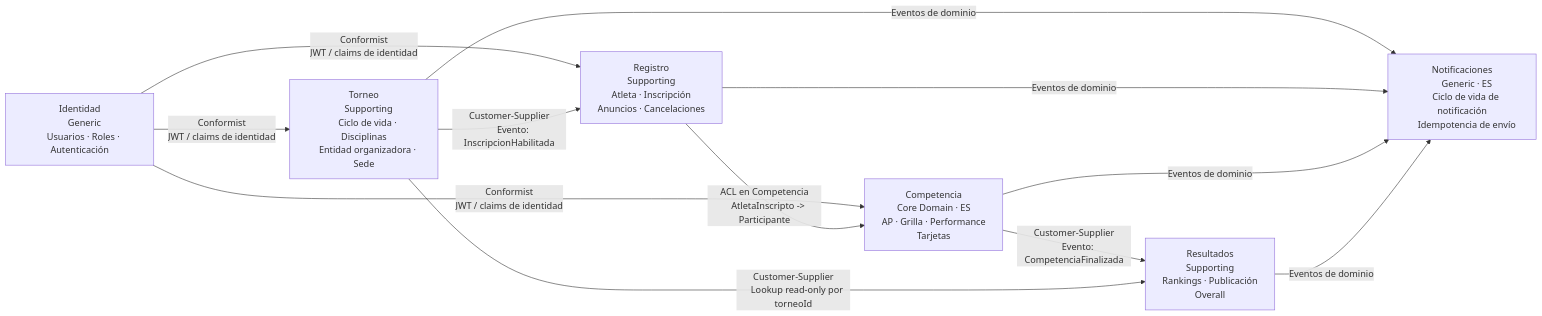
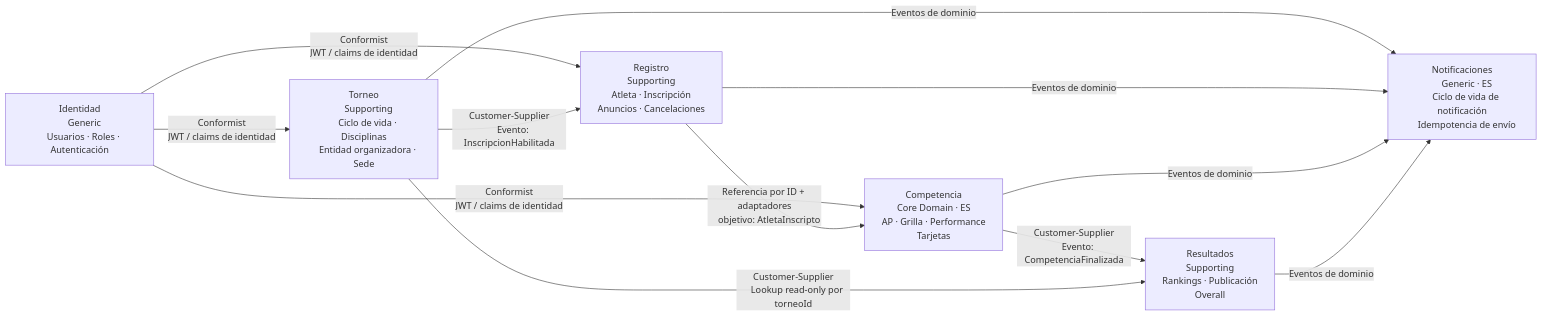
Before and after one commit to vvalotto/ataraxiadive: the diagram in docs/architecture/20-context-map-integrations.md, drawn with Mermaid. The commit also changed other lines of this file and 16 other files, not shown here.

````diff
--- a/docs/architecture/20-context-map-integrations.md
+++ b/docs/architecture/20-context-map-integrations.md
@@ -61,57 +61,57 @@
 ```mermaid
 flowchart LR
     identidad["Identidad
     Generic
     Usuarios · Roles · Autenticación"]
 
     torneo["Torneo
     Supporting
     Ciclo de vida · Disciplinas
     Entidad organizadora · Sede"]
 
     registro["Registro
     Supporting
     Atleta · Inscripción
     Anuncios · Cancelaciones"]
 
     competencia["Competencia
     Core Domain · ES
     AP · Grilla · Performance
     Tarjetas"]
 
     resultados["Resultados
     Supporting
     Rankings · Publicación
     Overall"]
 
     notificaciones["Notificaciones
     Generic · ES
     Ciclo de vida de notificación
     Idempotencia de envío"]
 
     identidad -->|"Conformist
     JWT / claims de identidad"| torneo
 
     identidad -->|"Conformist
     JWT / claims de identidad"| registro
 
     identidad -->|"Conformist
     JWT / claims de identidad"| competencia
 
     torneo -->|"Customer-Supplier
     Evento: InscripcionHabilitada"| registro
 
-    registro -->|"ACL en Competencia
-    AtletaInscripto -> Participante"| competencia
+    registro -->|"Referencia por ID + adaptadores
+    objetivo: AtletaInscripto"| competencia
 
     competencia -->|"Customer-Supplier
     Evento: CompetenciaFinalizada"| resultados
 
     torneo -->|"Customer-Supplier
     Lookup read-only por torneoId"| resultados
 
     torneo -->|"Eventos de dominio"| notificaciones
     registro -->|"Eventos de dominio"| notificaciones
     competencia -->|"Eventos de dominio"| notificaciones
     resultados -->|"Eventos de dominio"| notificaciones
 ```
````
